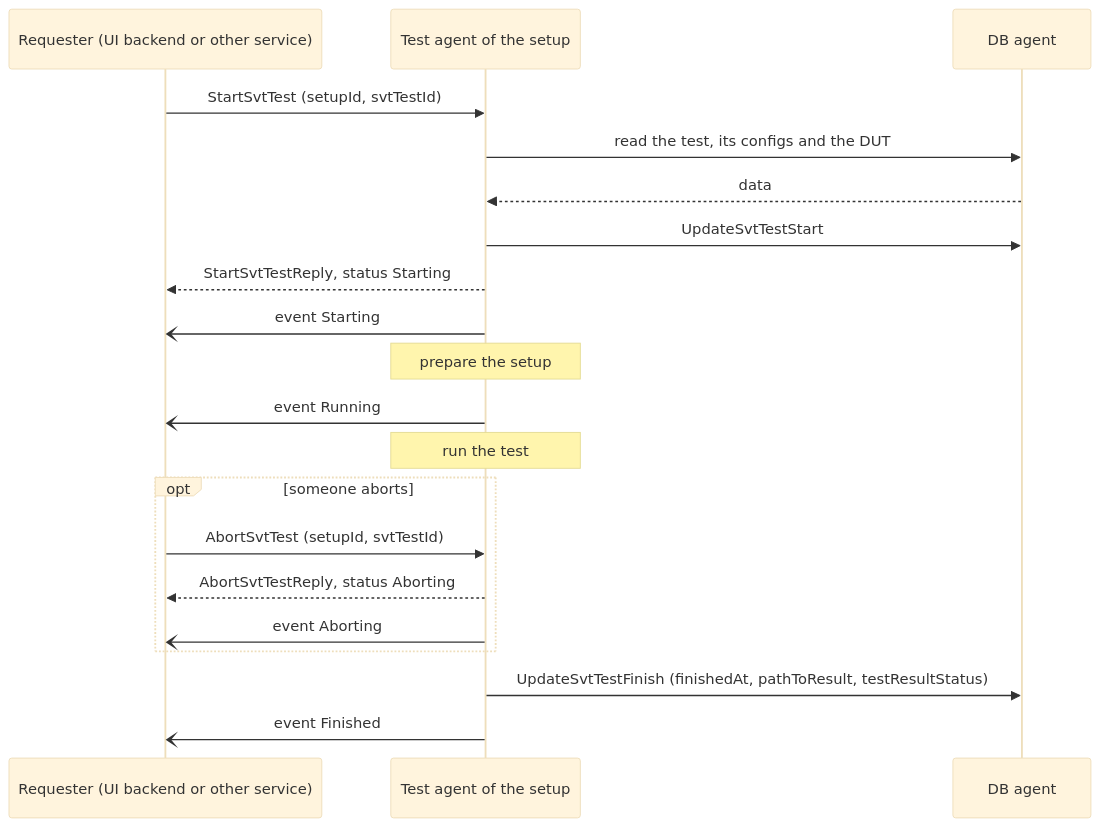
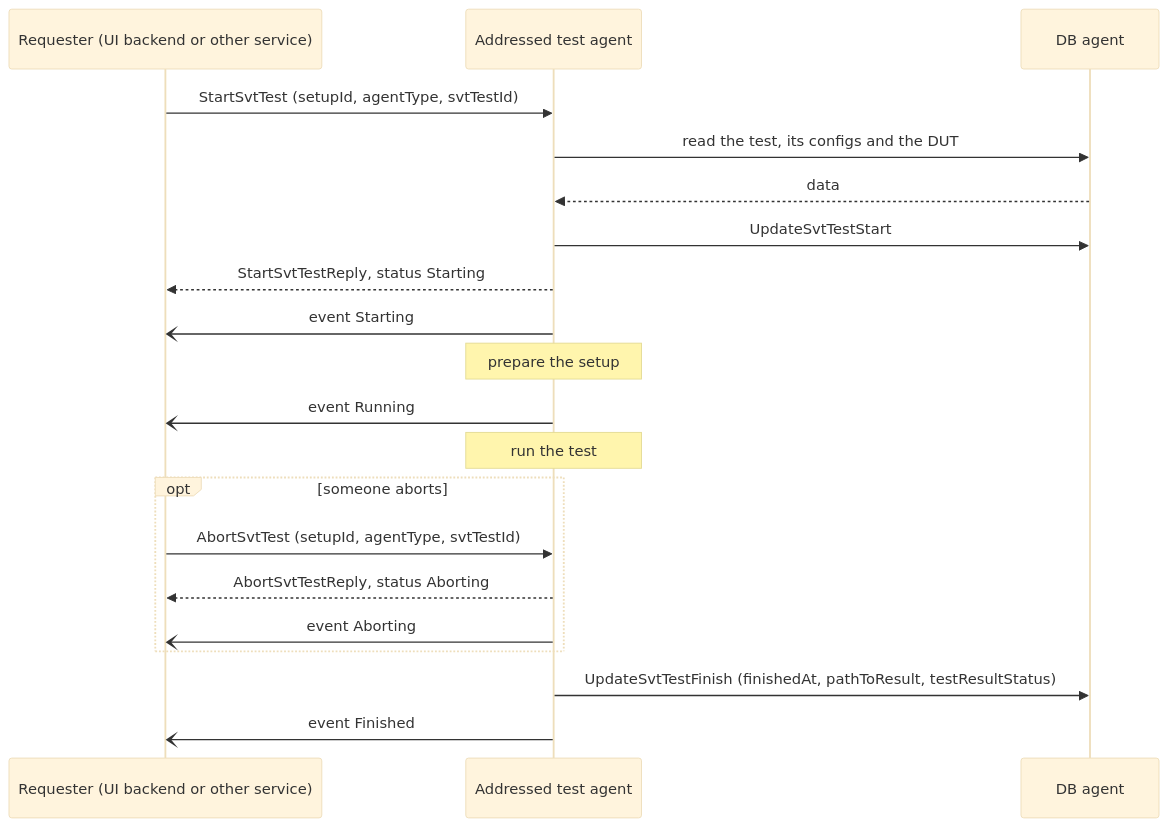
Before and after one commit to SVT-WP2/SVTSW: the second of 8 diagrams in svt-test-session-summary.md, drawn with Mermaid (base theme). The commit also changed other lines of this file and 4 other files, not shown here.

Commit message:
[WIP] SvtTest Proposal :: SvtTestPlan

````diff
--- a/svt-test-session-summary.md
+++ b/svt-test-session-summary.md
@@ -80,22 +100,22 @@
 ```mermaid
 sequenceDiagram
     participant R as Requester (UI backend or other service)
-    participant A as Test agent of the setup
+    participant A as Addressed test agent
     participant D as DB agent
-    R->>A: StartSvtTest (setupId, svtTestId)
+    R->>A: StartSvtTest (setupId, agentType, svtTestId)
     A->>D: read the test, its configs and the DUT
     D-->>A: data
     A->>D: UpdateSvtTestStart
     A-->>R: StartSvtTestReply, status Starting
     A-)R: event Starting
     Note over A: prepare the setup
     A-)R: event Running
     Note over A: run the test
     opt someone aborts
-        R->>A: AbortSvtTest (setupId, svtTestId)
+        R->>A: AbortSvtTest (setupId, agentType, svtTestId)
         A-->>R: AbortSvtTestReply, status Aborting
         A-)R: event Aborting
     end
     A->>D: UpdateSvtTestFinish (finishedAt, pathToResult, testResultStatus)
     A-)R: event Finished
 ```
````
